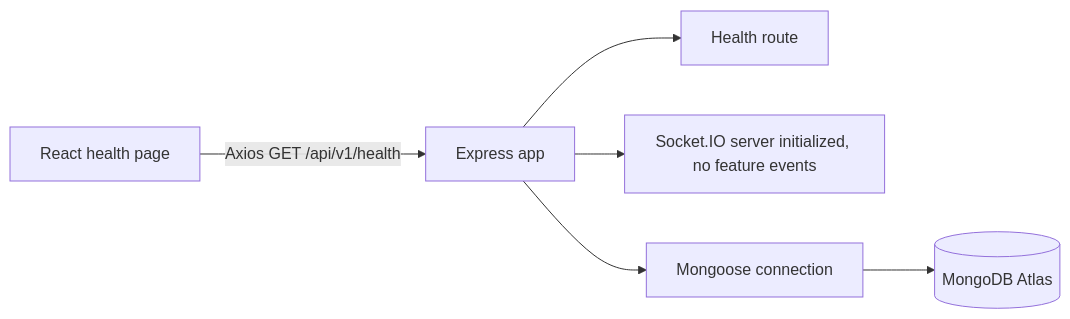
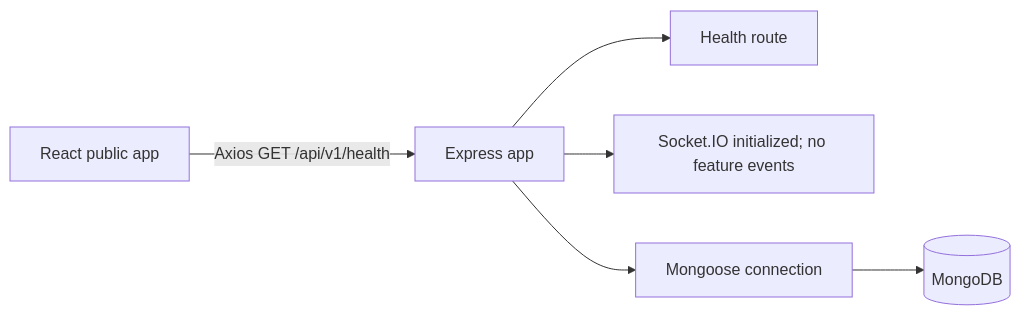
Before and after one commit to kiranteja4/FoodSurplus: the first of 2 diagrams in docs/architecture/SYSTEM_ARCHITECTURE.md, drawn with Mermaid. The commit also changed other lines of this file and 21 other files, not shown here.

````diff
--- a/docs/architecture/SYSTEM_ARCHITECTURE.md
+++ b/docs/architecture/SYSTEM_ARCHITECTURE.md
@@ -9,8 +9,8 @@
 ```mermaid
 flowchart LR
-  Browser[React health page] -->|Axios GET /api/v1/health| Express[Express app]
+  Browser[React public app] -->|Axios GET /api/v1/health| Express[Express app]
   Express --> Health[Health route]
-  Express --> IO[Socket.IO server initialized, no feature events]
+  Express --> IO[Socket.IO initialized; no feature events]
   Express --> Mongoose[Mongoose connection]
-  Mongoose --> Atlas[(MongoDB Atlas)]
+  Mongoose --> DB[(MongoDB)]
 ```
````
